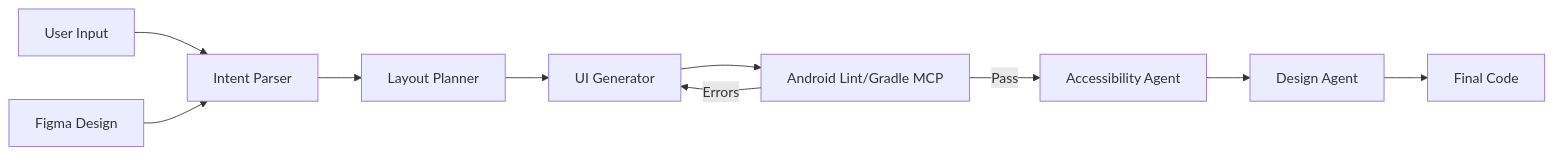
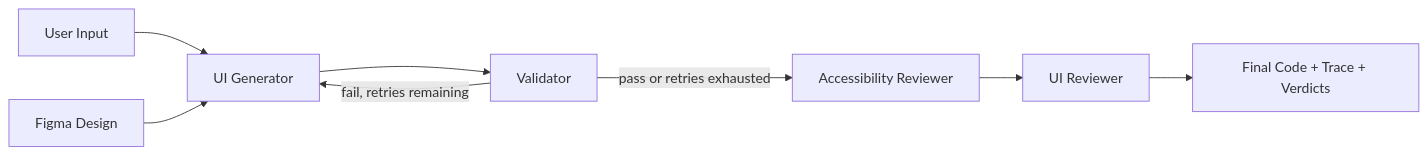
One commit to Amehran/Multi-Agent-Mobile-UI-Assistant- changed the diagram in README.md. Above: the diagram before and after it, drawn with Mermaid. The commit also changed other lines of this file and 3 other files, not shown here.

````diff
--- a/README.md
+++ b/README.md
@@ -36,12 +35,10 @@
 ```mermaid
 graph LR
-    User[User Input] --> Parser[Intent Parser]
-    Figma[Figma Design] --> Parser
-    Parser --> Planner[Layout Planner]
-    Planner --> Generator[UI Generator]
-    Generator --> Validator[Android Lint/Gradle MCP]
-    Validator -->|Errors| Generator
-    Validator -->|Pass| Reviewer1[Accessibility Agent]
-    Reviewer1 --> Reviewer2[Design Agent]
-    Reviewer2 --> Output[Final Code]
+    User[User Input] --> Generator[UI Generator]
+    Figma[Figma Design] --> Generator
+    Generator --> Validator[Validator]
+    Validator -->|fail, retries remaining| Generator
+    Validator -->|pass or retries exhausted| Reviewer1[Accessibility Reviewer]
+    Reviewer1 --> Reviewer2[UI Reviewer]
+    Reviewer2 --> Output[Final Code + Trace + Verdicts]
 ```
````
